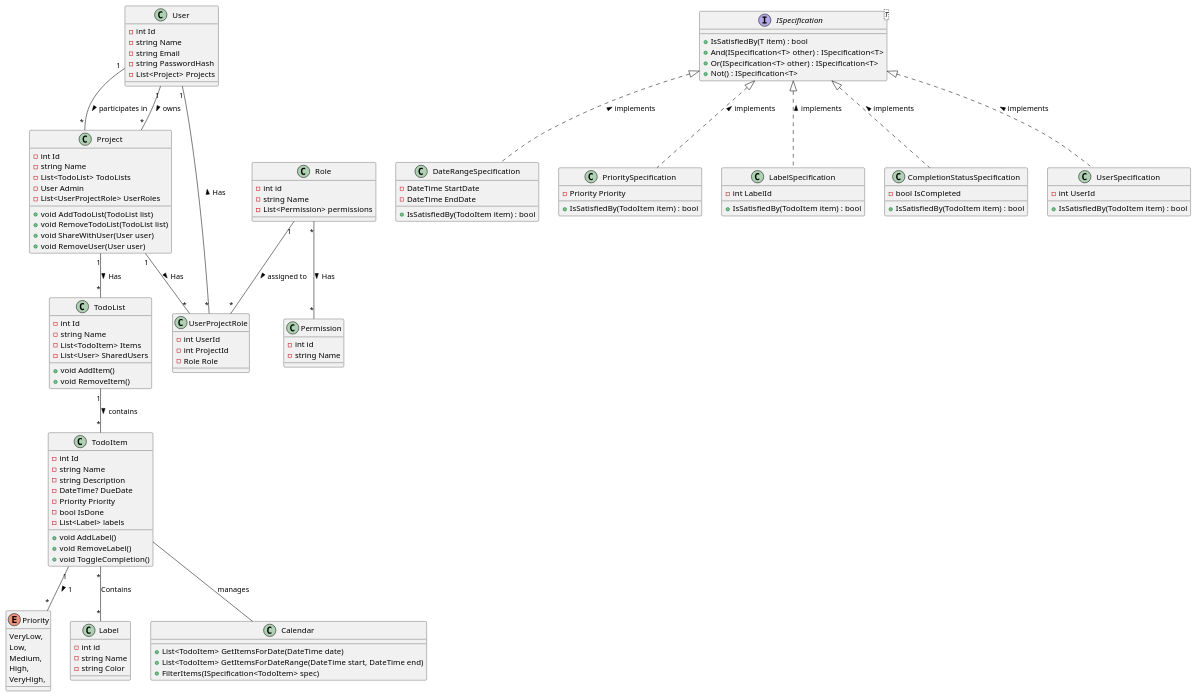
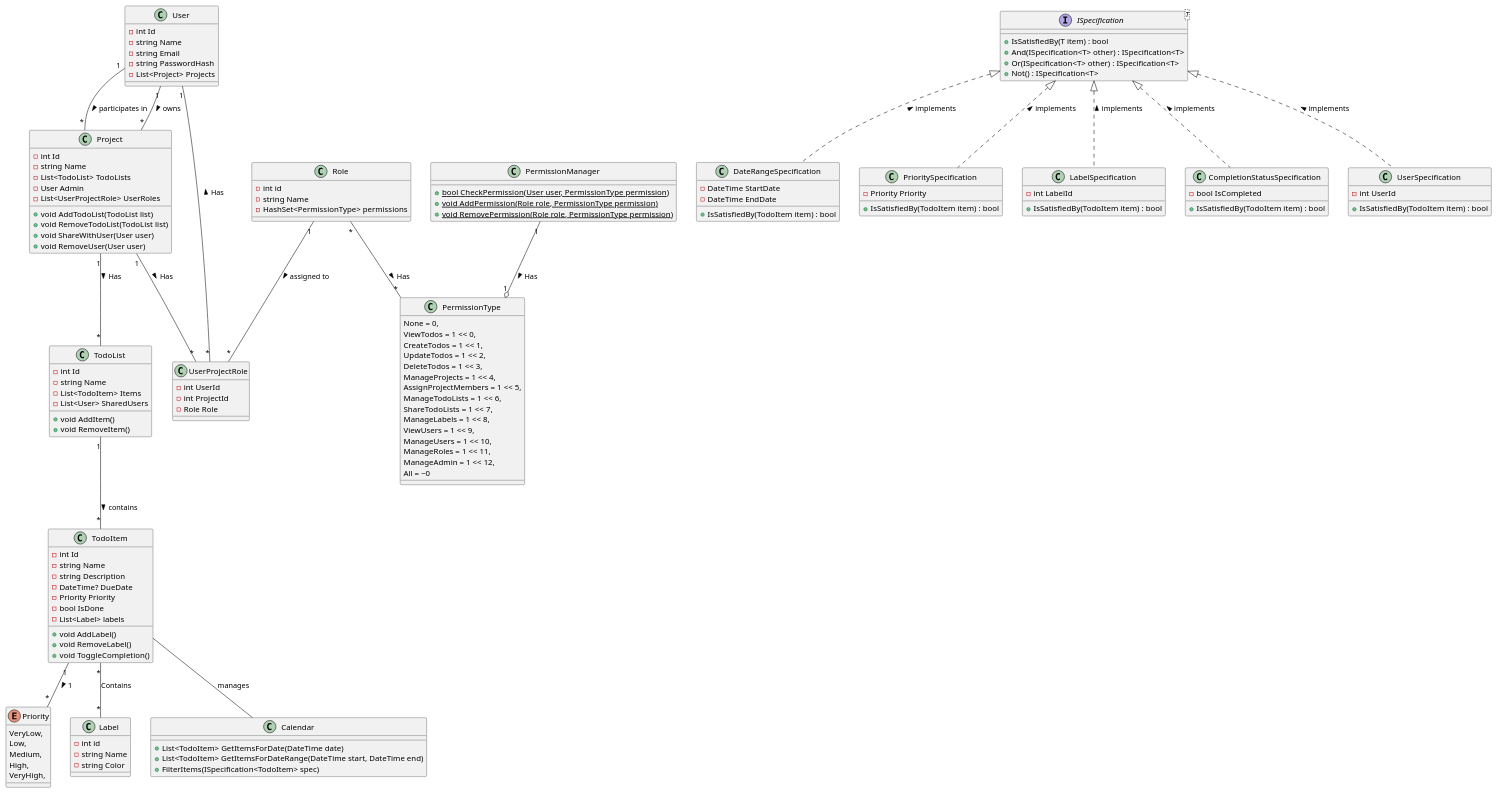
Before and after one commit to Zigalow/Todo-app_Csharp-Application: the diagram in Todo.Core/BusinessLogic.puml, drawn with PlantUML.

Commit message:
Changed Permission

```diff
--- a/Todo.Core/BusinessLogic.puml
+++ b/Todo.Core/BusinessLogic.puml
@@ -1,140 +1,163 @@
 @startuml
 'https://plantuml.com/class-diagram
 
 
 class User {
     -int Id
     -string Name
     -string Email
     -string PasswordHash
     -List<Project> Projects
 }
 
 class TodoList {
     -int Id
     -string Name
     -List<TodoItem> Items
     -List<User> SharedUsers
     +void AddItem()
     +void RemoveItem()
 }
 
 class TodoItem {
     -int Id
     -string Name
     -string Description
     -DateTime? DueDate
     -Priority Priority
     -bool IsDone
     -List<Label> labels
     +void AddLabel()
     +void RemoveLabel()
     +void ToggleCompletion()
 }
 
 class Project {
     -int Id
     -string Name
     -List<TodoList> TodoLists
     -User Admin
     -List<UserProjectRole> UserRoles
     +void AddTodoList(TodoList list)
     +void RemoveTodoList(TodoList list)
     +void ShareWithUser(User user)
     +void RemoveUser(User user)
 }
 
 
 enum Priority {
     VeryLow,
     Low,
     Medium,
     High,
     VeryHigh,
 }
 
 class Label {
     -int id
     -string Name
     -string Color
 }
 
 
 class Role {
     -int id
     -string Name
-    -List<Permission> permissions
+    -HashSet<PermissionType> permissions
 }
 
-class Permission {
-    -int id
-    -string Name
-}
 
 class UserProjectRole {
     -int UserId
     -int ProjectId
     -Role Role
 }
 
 class Calendar {
     +List<TodoItem> GetItemsForDate(DateTime date)
     +List<TodoItem> GetItemsForDateRange(DateTime start, DateTime end)
     +FilterItems(ISpecification<TodoItem> spec)
 }
 
 
 User "1" -- "*" Project : participates in >
 User "1" -- "*" Project : owns >
 User "1" -- "*" UserProjectRole : Has <
 TodoItem "*" -- "*" Label : Contains
 TodoItem --  Calendar : manages
 TodoItem "1" -- "*" Priority : 1 >
-Role "*" -- "*" Permission : Has >
+Role "*" -- "*" PermissionType : Has >
 Role "1" -- "*" UserProjectRole : assigned to >
 Project "1" -- "*" UserProjectRole : Has >
 
 
 TodoList "1" -- "*" TodoItem : contains >
 Project "1" -- "*" TodoList : Has >
 
 interface ISpecification<T> {
     +IsSatisfiedBy(T item) : bool
     +And(ISpecification<T> other) : ISpecification<T>
     +Or(ISpecification<T> other) : ISpecification<T>
     +Not() : ISpecification<T>
 }
 
 class DateRangeSpecification {
     -DateTime StartDate
     -DateTime EndDate
     +IsSatisfiedBy(TodoItem item) : bool 
 }
 
 class PrioritySpecification {
     -Priority Priority
     +IsSatisfiedBy(TodoItem item) : bool 
 }
 class LabelSpecification {
     -int LabelId
     +IsSatisfiedBy(TodoItem item) : bool 
 }
 class CompletionStatusSpecification {
     -bool IsCompleted
     +IsSatisfiedBy(TodoItem item) : bool 
 }
 
 class UserSpecification {
     -int UserId
     +IsSatisfiedBy(TodoItem item) : bool 
 }
 
 
 ISpecification <|.. DateRangeSpecification: implements < 
 ISpecification <|.. PrioritySpecification: implements <
 ISpecification <|.. LabelSpecification: implements <
 ISpecification <|.. CompletionStatusSpecification: implements <
 ISpecification <|.. UserSpecification: implements <
 
 
+class PermissionManager {
+        {static} +bool CheckPermission(User user, PermissionType permission)
+        {static} +void AddPermission(Role role, PermissionType permission)
+        {static} +void RemovePermission(Role role, PermissionType permission)
+}
+
+class PermissionType {
+None = 0,
+        ViewTodos = 1 << 0,
+        CreateTodos = 1 << 1,
+        UpdateTodos = 1 << 2,
+        DeleteTodos = 1 << 3,
+        ManageProjects = 1 << 4,
+        AssignProjectMembers = 1 << 5,
+        ManageTodoLists = 1 << 6,
+        ShareTodoLists = 1 << 7,
+        ManageLabels = 1 << 8,
+        ViewUsers = 1 << 9,
+        ManageUsers = 1 << 10,
+        ManageRoles = 1 << 11,
+        ManageAdmin = 1 << 12,
+        All = ~0
+}
+
+PermissionManager "1" --o "1" PermissionType : Has >
+
+
 @enduml
```
